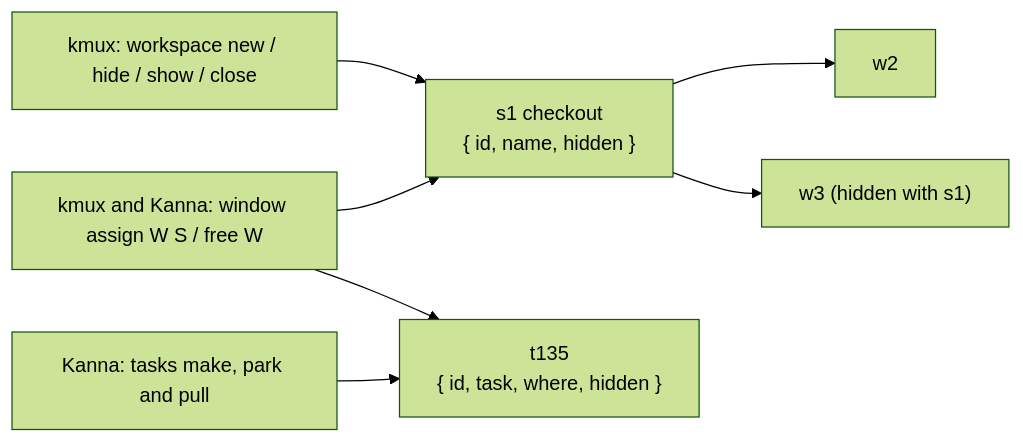
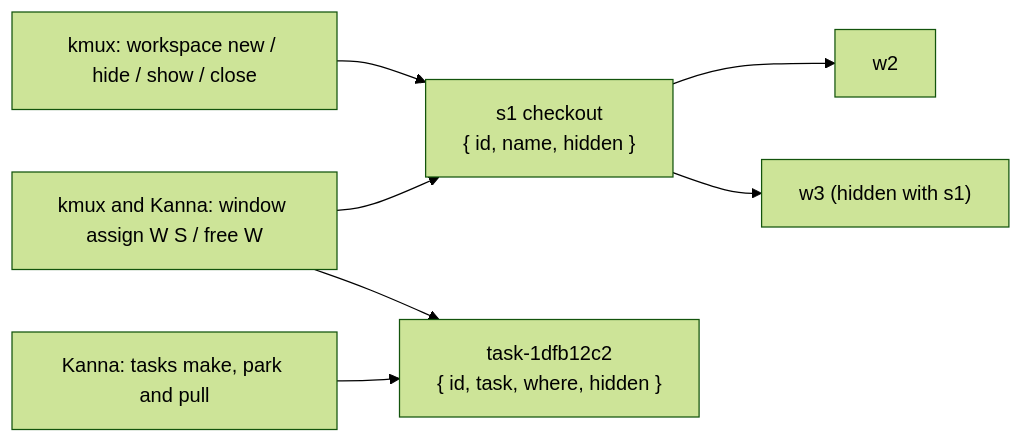
Before and after one commit to jemdiggity/kanna-v4: the fourth of 4 diagrams in docs/specs/workspaces.md, drawn with Mermaid (forest theme). The commit also changed other lines of this file and 9 other files, not shown here.

Commit message:
Task IDs in help, skills, e2e scenarios and specs: docs/specs/task-ids.md, linked from tasks, database, workspaces, backlog search and blocked tasks

````diff
--- a/docs/specs/workspaces.md
+++ b/docs/specs/workspaces.md
@@ -196,9 +196,9 @@
 ```mermaid
 flowchart LR
     KW["kmux: workspace new / hide / show / close"] --> S["s1 checkout<br/>{ id, name, hidden }"]
     KA["kmux and Kanna: window assign W S / free W"] --> S
     S --> W2["w2"]
     S --> W3["w3 (hidden with s1)"]
-    T["Kanna: tasks make, park and pull"] --> TW["t135<br/>{ id, task, where, hidden }"]
+    T["Kanna: tasks make, park and pull"] --> TW["task-1dfb12c2<br/>{ id, task, where, hidden }"]
     KA --> TW
 ```
````
